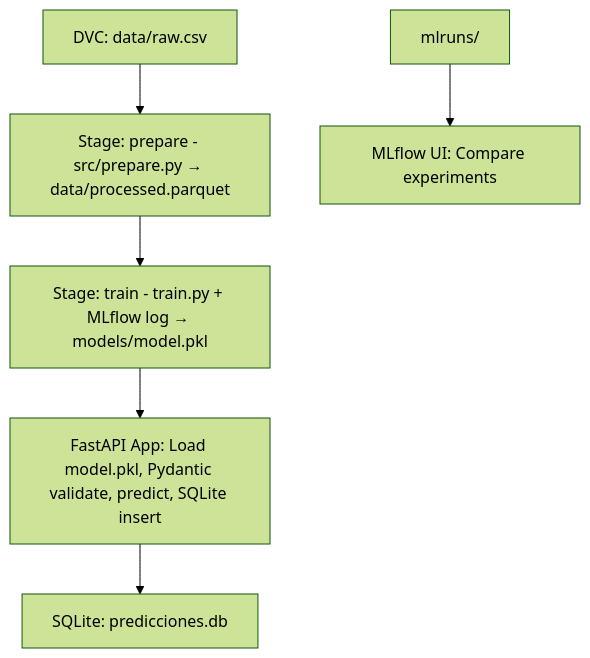
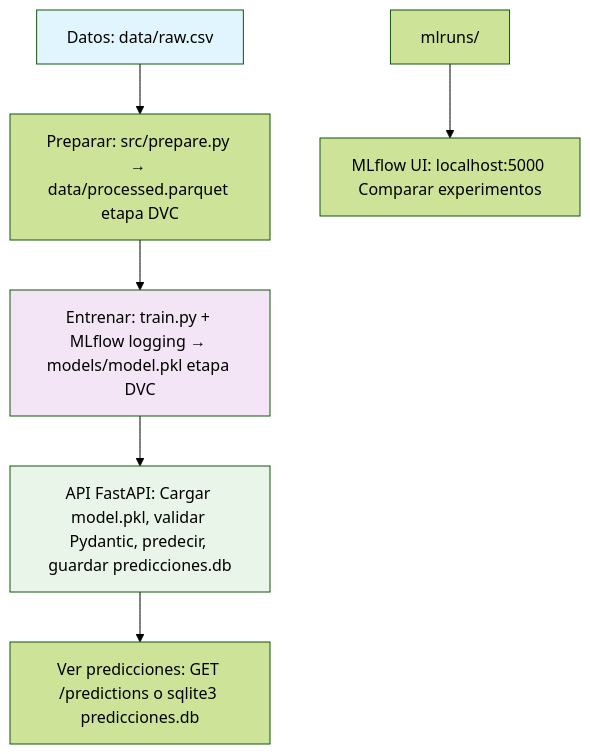
One commit to avelasquez0996/avelasquez0996-mlops-U2 changed the diagram in modelo_medico/README.md. Above: the diagram before and after it, drawn with Mermaid (forest theme). The commit also changed other lines of this file and 20 other files, not shown here.

````diff
--- a/modelo_medico/README.md
+++ b/modelo_medico/README.md
@@ -12,8 +15,11 @@
 ```mermaid
 graph TD
-    A[DVC: data/raw.csv] --> B[Stage: prepare - src/prepare.py → data/processed.parquet]
-    B --> C[Stage: train - train.py + MLflow log → models/model.pkl]
-    C --> D[FastAPI App: Load model.pkl, Pydantic validate, predict, SQLite insert]
-    D --> E[SQLite: predicciones.db]
-    F[mlruns/] --> G[MLflow UI: Compare experiments]
+    A[Datos: data/raw.csv] --> B[Preparar: src/prepare.py → data/processed.parquet etapa DVC]
+    B --> C[Entrenar: train.py + MLflow logging → models/model.pkl etapa DVC]
+    C --> D[API FastAPI: Cargar model.pkl, validar Pydantic, predecir, guardar predicciones.db]
+    D --> E[Ver predicciones: GET /predictions o sqlite3 predicciones.db]
+    F[mlruns/] --> G[MLflow UI: localhost:5000 Comparar experimentos]
+    style A fill:#e1f5fe
+    style C fill:#f3e5f5
+    style D fill:#e8f5e8
 ```
````
